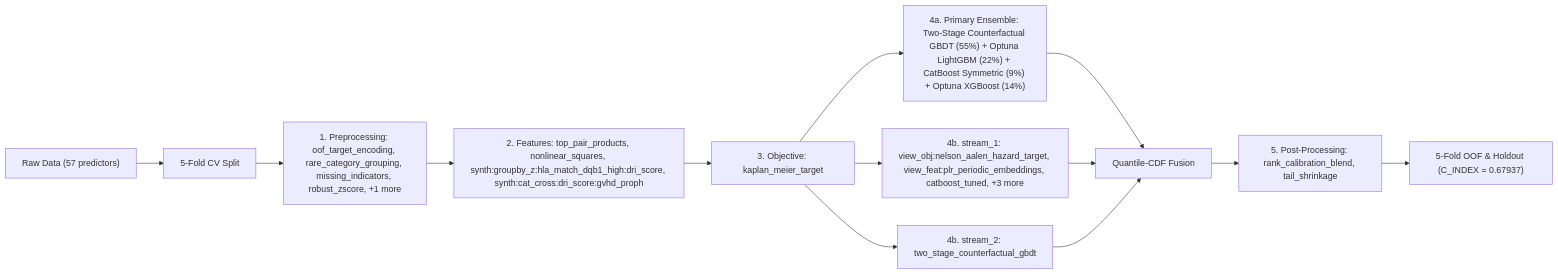
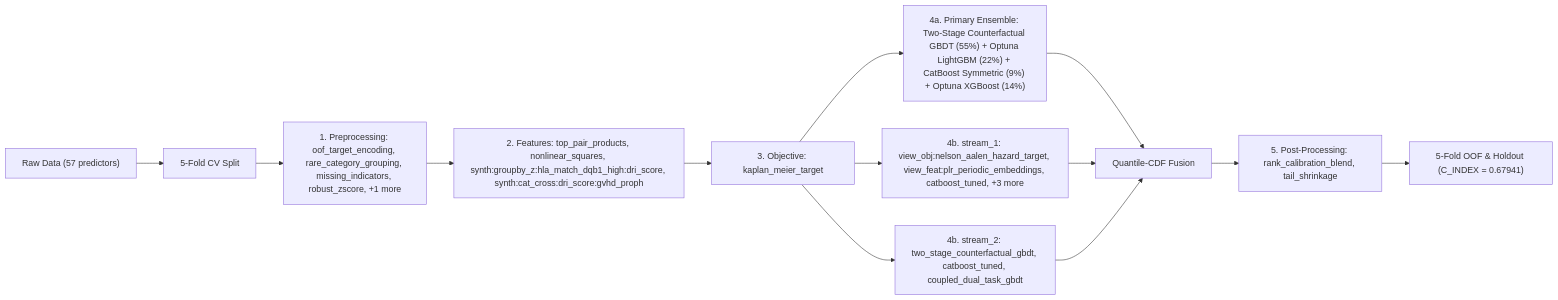
The diagram in README.md (stefanoclss/CIBMTR-Equity-in-Post-HCT-Survival-Predictions), drawn with Mermaid before and after one commit. The commit also changed other lines of this file, not shown here.

First line of the commit message:
docs(readme): refresh verified OOF benchmark & build ledger (C_INDEX=0.67941)

````diff
--- a/README.md
+++ b/README.md
@@ -149,15 +150,15 @@
 ```mermaid
 flowchart LR
     DATA["Raw Data (57 predictors)"] --> SPLIT["5-Fold CV Split"]
     SPLIT --> PRE["1. Preprocessing: oof_target_encoding, rare_category_grouping, missing_indicators, robust_zscore, +1 more"]
     PRE --> FEAT["2. Features: top_pair_products, nonlinear_squares, synth:groupby_z:hla_match_dqb1_high:dri_score, synth:cat_cross:dri_score:gvhd_proph"]
     FEAT --> OBJ["3. Objective: kaplan_meier_target"]
     OBJ --> M0["4a. Primary Ensemble: Two-Stage Counterfactual GBDT (55%) + Optuna LightGBM (22%) + CatBoost Symmetric (9%) + Optuna XGBoost (14%)"]
     M0 --> FUSE["Quantile-CDF Fusion"]
     OBJ --> S1["4b. stream_1: view_obj:nelson_aalen_hazard_target, view_feat:plr_periodic_embeddings, catboost_tuned, +3 more"]
     S1 --> FUSE
-    OBJ --> S2["4b. stream_2: two_stage_counterfactual_gbdt"]
+    OBJ --> S2["4b. stream_2: two_stage_counterfactual_gbdt, catboost_tuned, coupled_dual_task_gbdt"]
     S2 --> FUSE
     FUSE --> POST["5. Post-Processing: rank_calibration_blend, tail_shrinkage"]
-    POST --> OUT["5-Fold OOF & Holdout (C_INDEX = 0.67937)"]
+    POST --> OUT["5-Fold OOF & Holdout (C_INDEX = 0.67941)"]
 ```
````
